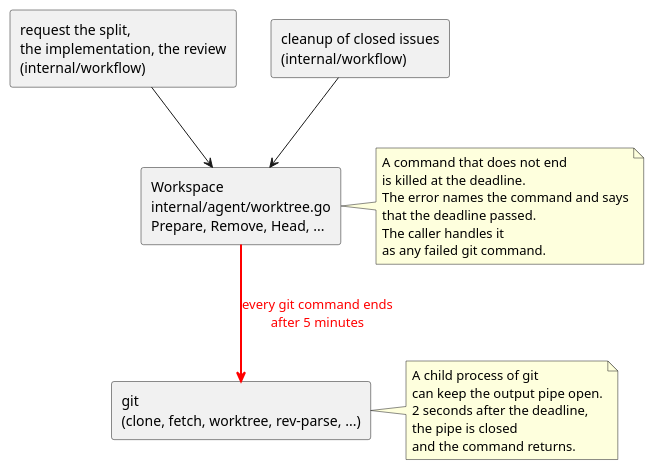
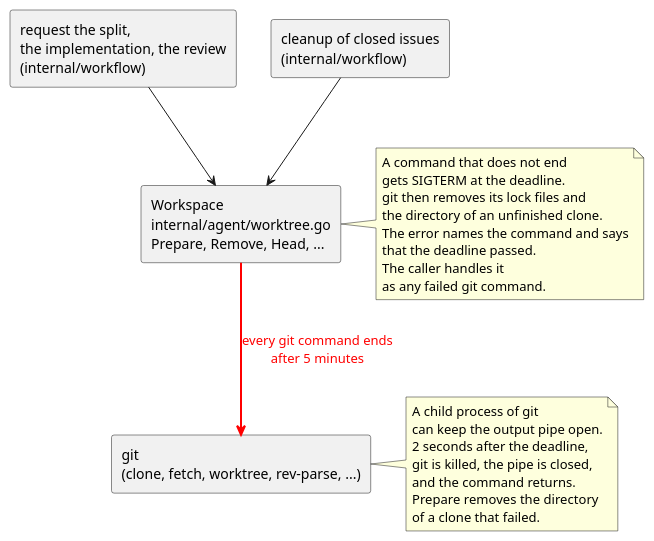
Before and after one commit to cloveclovedev/cumin-works: the diagram in docs/ja/designs/agent-run-git-deadline.puml, drawn with PlantUML. The commit also changed 4 other files, not shown here.

First line of the commit message:
fix(agent): send SIGTERM at the deadline and remove a clone that failed

```diff
--- a/docs/ja/designs/agent-run-git-deadline.puml
+++ b/docs/ja/designs/agent-run-git-deadline.puml
@@ -1,34 +1,38 @@
 @startuml agent-run-git-deadline
 ' cumin works - every git command of the work directory ends after a
 ' deadline.
 ' Document: agent-run.md, topic on the work directory.
 ' Render: run scripts/render-diagrams.sh at the root of the repository.
 skinparam shadowing false
 skinparam defaultFontName sans-serif
 
 rectangle "request the split,\nthe implementation, the review\n(internal/workflow)" as request
 rectangle "cleanup of closed issues\n(internal/workflow)" as cleanup
 rectangle "Workspace\ninternal/agent/worktree.go\nPrepare, Remove, Head, ..." as workspace
 rectangle "git\n(clone, fetch, worktree, rev-parse, ...)" as git
 
 request --> workspace
 cleanup --> workspace
 workspace -[#red,bold]-> git : <color:red>every git command ends\n<color:red>after 5 minutes</color>
 
 note right of workspace
   A command that does not end
-  is killed at the deadline.
+  gets SIGTERM at the deadline.
+  git then removes its lock files and
+  the directory of an unfinished clone.
   The error names the command and says
   that the deadline passed.
   The caller handles it
   as any failed git command.
 end note
 
 note right of git
   A child process of git
   can keep the output pipe open.
   2 seconds after the deadline,
-  the pipe is closed
+  git is killed, the pipe is closed,
   and the command returns.
+  Prepare removes the directory
+  of a clone that failed.
 end note
 @enduml
```
